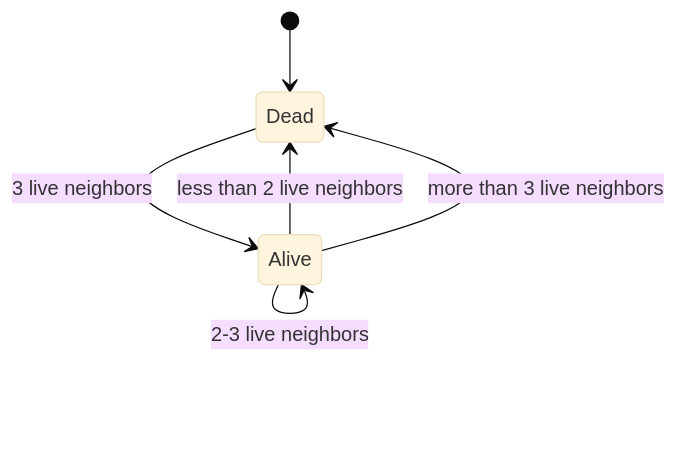
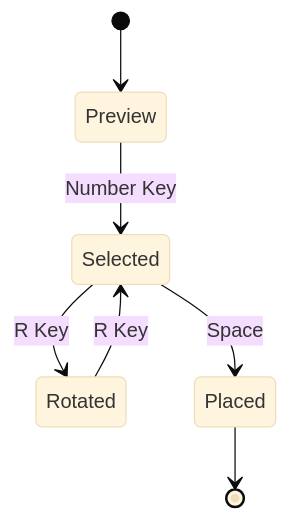
The sixth of 6 diagrams in docs/diagrams.md (dewe/py-gol), drawn with Mermaid (base theme) before and after one commit. The commit also changed other lines of this file and 3 other files, not shown here.

First line of the commit message:
docs(architecture): update documentation to reflect functional implementation

````diff
--- a/docs/diagrams.md
+++ b/docs/diagrams.md
@@ -168,14 +124,13 @@
 ```mermaid
 stateDiagram-v2
-    [*] --> Dead
-    Dead --> Alive: 3 live neighbors
-    Alive --> Dead: less than 2 live neighbors
-    Alive --> Dead: more than 3 live neighbors
-    Alive --> Alive: 2-3 live neighbors
+    [*] --> Preview
+    Preview --> Selected: Number Key
+    Selected --> Rotated: R Key
+    Rotated --> Selected: R Key
+    Selected --> Placed: Space
+    Placed --> [*]
 
     %% Styling
-    classDef dead fill:#ffebee,stroke:#b71c1c,stroke-width:2px;
-    classDef alive fill:#e8f5e9,stroke:#1b5e20,stroke-width:2px;
-    class Dead dead;
-    class Alive alive;
+    classDef state fill:#e8f5e9,stroke:#1b5e20,stroke-width:2px;
+    class Preview,Selected,Rotated,Placed state;
 ```
````
